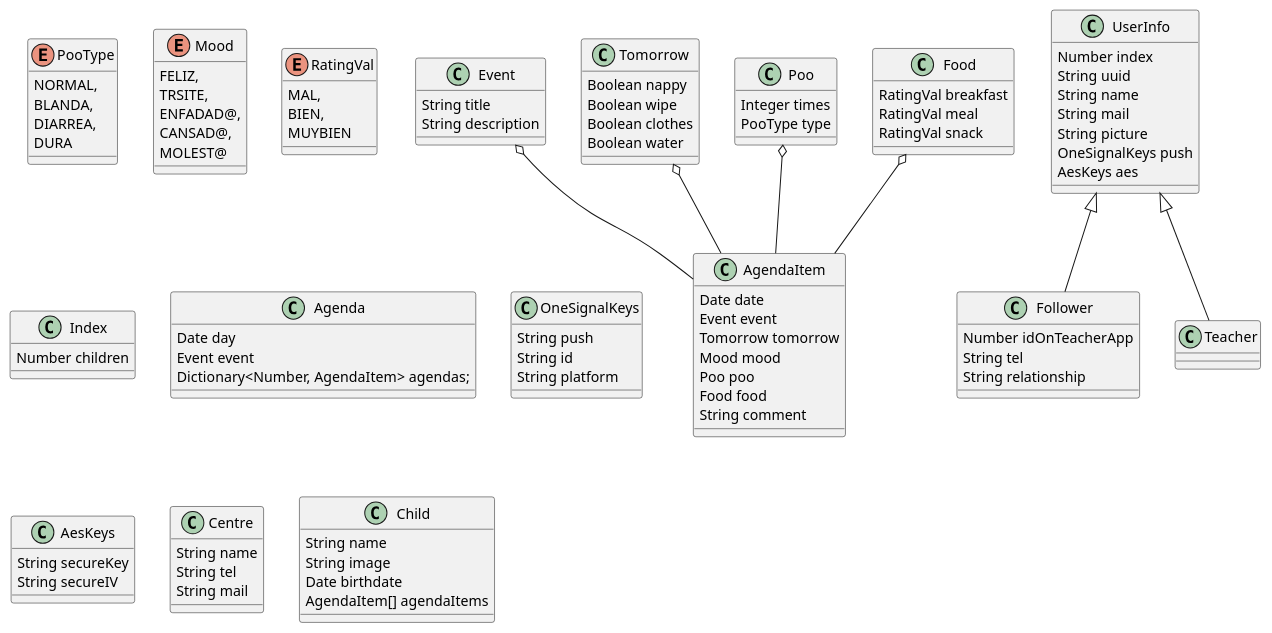
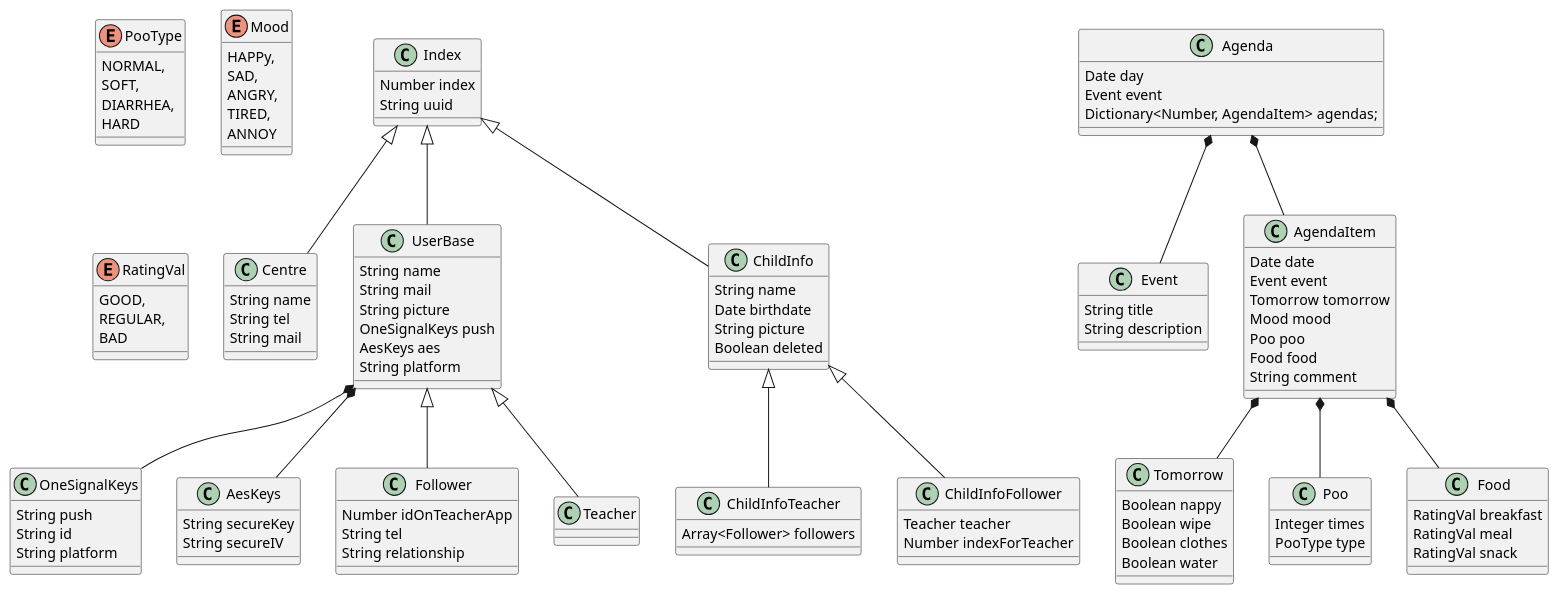
The diagram in 2_Docs/1_Database/entities.md (rordenerena/ohhappyday), drawn with PlantUML before and after one commit.

Commit message:
Doc pending to commit

```diff
--- a/2_Docs/1_Database/entities.md
+++ b/2_Docs/1_Database/entities.md
@@ -2,27 +2,28 @@
 
 enum PooType {
   NORMAL,
-  BLANDA,
-  DIARREA,
-  DURA
+  SOFT,
+  DIARRHEA,
+  HARD
 }
 
 enum Mood {
-  FELIZ,
-  TRSITE,
-  ENFADAD@,
-  CANSAD@,
-  MOLEST@
+  HAPPy,
+  SAD,
+  ANGRY,
+  TIRED,
+  ANNOY
 }
 
 enum RatingVal {
-    MAL,
-    BIEN,
-    MUYBIEN
+  GOOD,
+  REGULAR,
+  BAD
 }
 
 class Index {
-  Number children
+  Number index
+  String uuid
 }
 
 class Event {
@@ -75,41 +76,54 @@
   String secureIV
 }
 
-class UserInfo {
-  Number index
-  String uuid
+class Centre extends Index {
+  String name
+  String tel
+  String mail
+}
+
+class UserBase extends Index {
   String name
   String mail
   String picture
   OneSignalKeys push
   AesKeys aes
+  String platform
 }
 
-class Follower extends UserInfo {
+class Follower extends UserBase {
   Number idOnTeacherApp
   String tel
   String relationship
 }
 
-class Teacher extends UserInfo {
+class Teacher extends UserBase {
 
 }
 
-class Centre {
+class ChildInfo extends Index {
   String name
-  String tel
-  String mail
+  Date birthdate
+  String picture
+  Boolean deleted
 }
 
-class Child {
-  String name
-  String image
-  Date birthdate
-  AgendaItem[] agendaItems
+class ChildInfoTeacher extends ChildInfo {
+  Array<Follower> followers
 }
 
-Event o-- AgendaItem
-Tomorrow o-- AgendaItem
-Poo o-- AgendaItem
-Food o-- AgendaItem
+class ChildInfoFollower extends ChildInfo {
+  Teacher teacher
+  Number indexForTeacher
+}
+
+UserBase *-- OneSignalKeys
+UserBase *-- AesKeys
+
+Agenda *-- Event 
+Agenda *-- AgendaItem 
+
+AgendaItem *-- Tomorrow
+AgendaItem *-- Poo 
+AgendaItem *-- Food 
 @enduml
```
